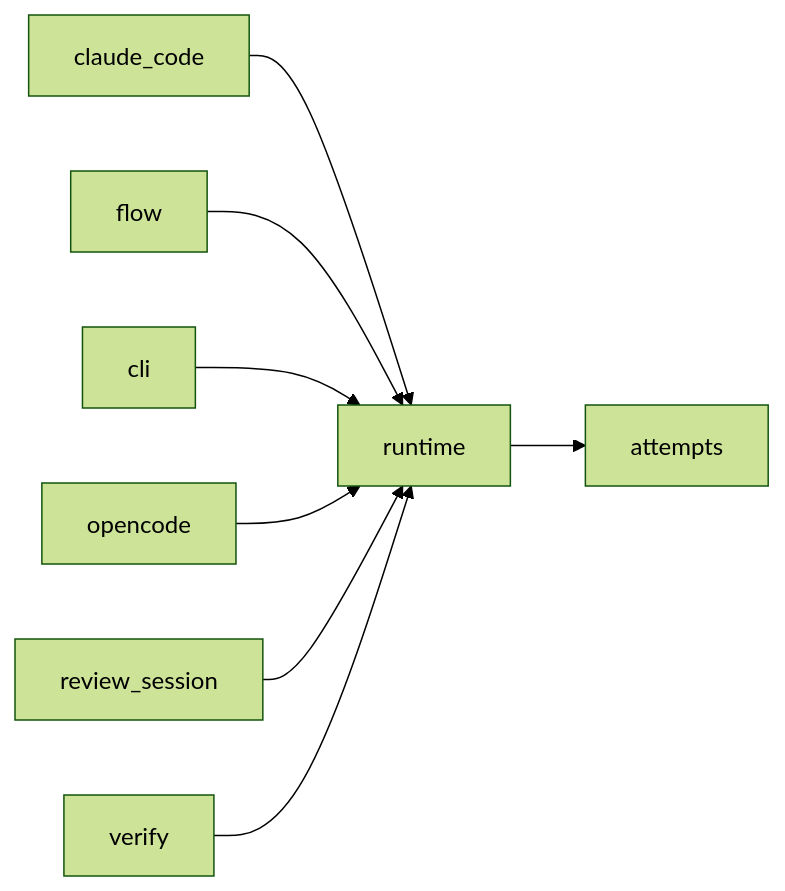
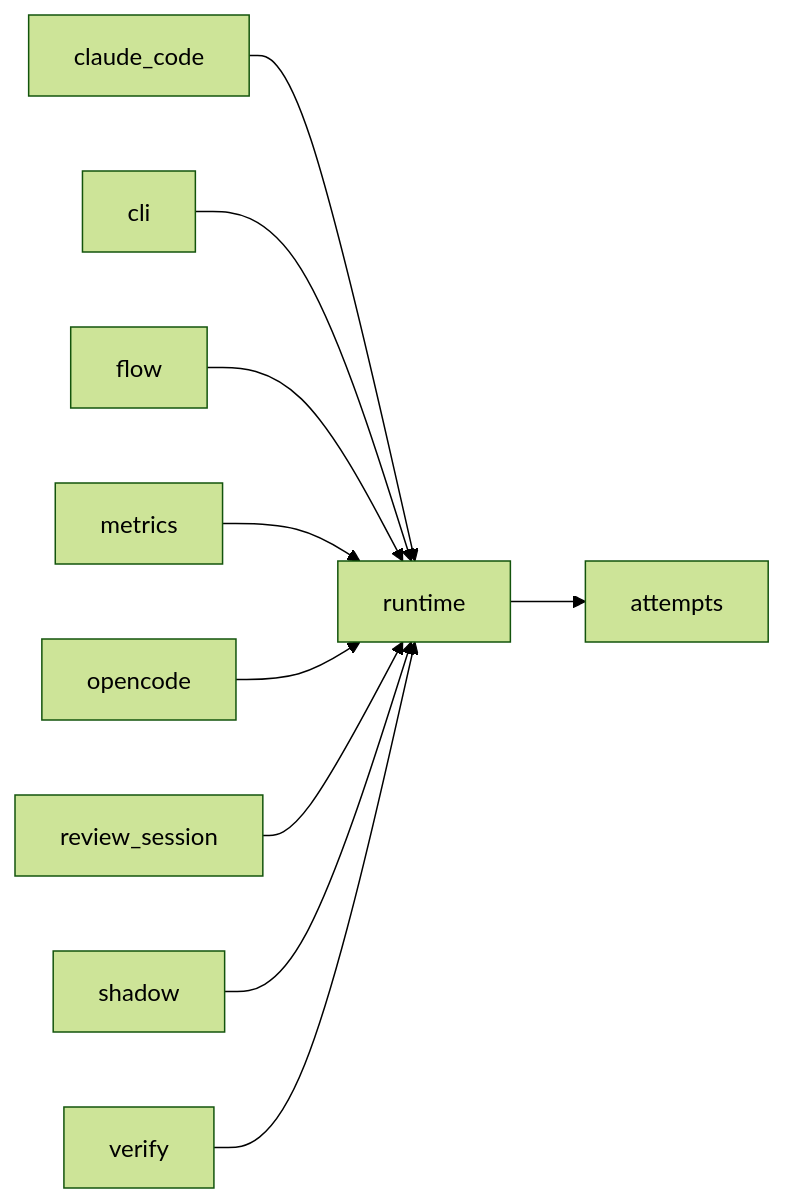
Before and after one commit to plaplanche/ariane: the diagram in docs/architecture/modules/runtime.md, drawn with Mermaid (forest theme). The commit also changed other lines of this file and 33 other files, not shown here.

Commit message:
#120: Generate the module dependency graphs of the architecture docs from the code (C25)

````diff
--- a/docs/architecture/modules/runtime.md
+++ b/docs/architecture/modules/runtime.md
@@ -17,10 +18,12 @@
 ```mermaid
 flowchart LR
   claude_code --> runtime
-  runtime --> attempts
+  cli --> runtime
   flow --> runtime
-  cli --> runtime
+  metrics --> runtime
   opencode --> runtime
   review_session --> runtime
+  runtime --> attempts
+  shadow --> runtime
   verify --> runtime
 ```
````
